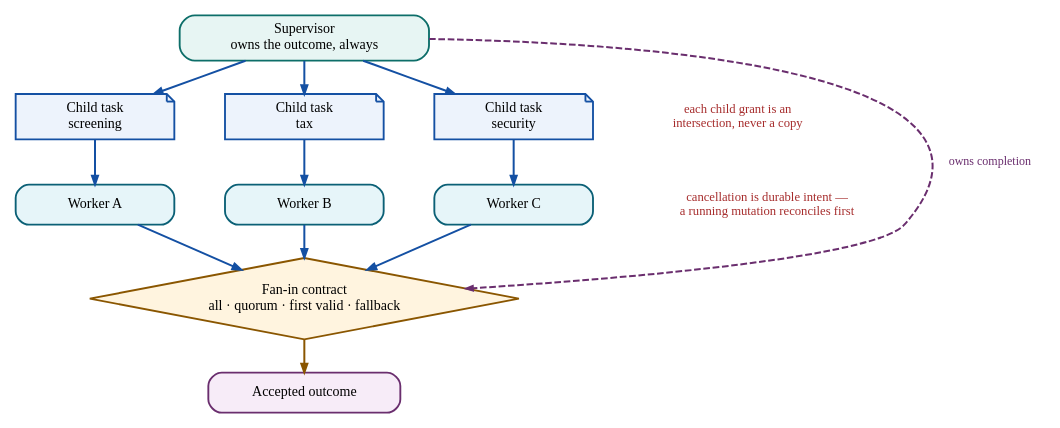
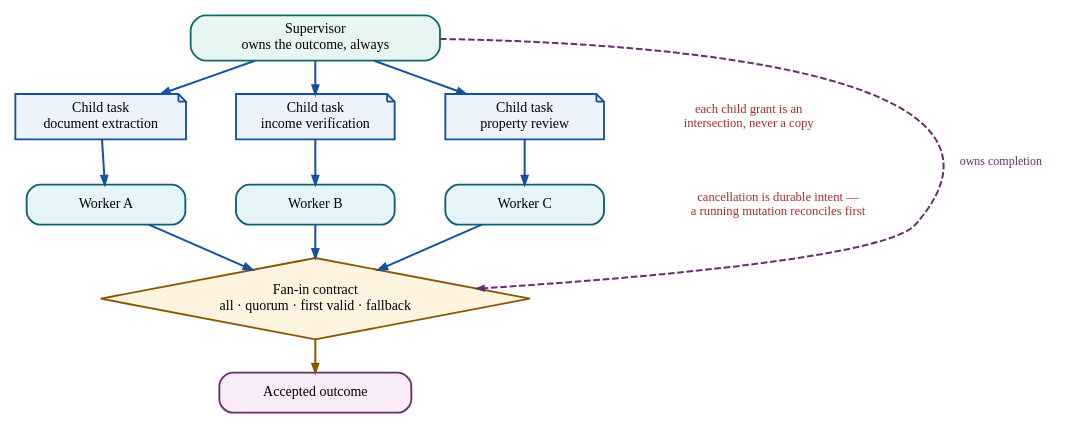
The diagram in assets/diagrams/src/supervisor-worker.gv (rrahimi-uci/building-enterprise-general-intelligence), drawn with Graphviz before and after one commit. The commit also changed 30 other files, not shown here.

```diff
--- a/assets/diagrams/src/supervisor-worker.gv
+++ b/assets/diagrams/src/supervisor-worker.gv
@@ -1,49 +1,49 @@
 // Figure 18-1 — Supervisor/worker, with the parts that make it governable.
 //
 // Message: the supervisor owns the outcome and never stops owning it. Each
 // child gets a narrowed grant rather than a copy of the parent's, fan-in is an
 // explicit contract rather than "whatever came back", and cancellation is a
 // durable intent that a child with a running mutation must reconcile before it
 // may acknowledge.
 digraph supervisor_worker {
   rankdir = TB
   graph [ranksep=0.32, nodesep=0.26]
   node [shape=box, style="filled,rounded", penwidth=1.4, fontsize=10.5,
         margin="0.12,0.07", height=0.42, width=1.65]
   edge [arrowsize=0.65, penwidth=1.5, color="#1450A3"]
 
   sup [label="Supervisor\nowns the outcome, always", fillcolor="#E7F5F3",
        color="#0D6E69", width=2.6]
 
-  t1 [label="Child task\nscreening", shape=note, style=filled,
+  t1 [label="Child task\ndocument extraction", shape=note, style=filled,
       fillcolor="#EDF3FC", color="#1450A3"]
-  t2 [label="Child task\ntax", shape=note, style=filled,
+  t2 [label="Child task\nincome verification", shape=note, style=filled,
       fillcolor="#EDF3FC", color="#1450A3"]
-  t3 [label="Child task\nsecurity", shape=note, style=filled,
+  t3 [label="Child task\nproperty review", shape=note, style=filled,
       fillcolor="#EDF3FC", color="#1450A3"]
 
   w1 [label="Worker A", fillcolor="#E6F5F9", color="#0B6076"]
   w2 [label="Worker B", fillcolor="#E6F5F9", color="#0B6076"]
   w3 [label="Worker C", fillcolor="#E6F5F9", color="#0B6076"]
 
   join [label="Fan-in contract\nall · quorum · first valid · fallback",
         shape=diamond, style=filled, fillcolor="#FFF4DF", color="#8A5600",
         height=0.85, width=3.4]
   out  [label="Accepted outcome", fillcolor="#F7ECF8", color="#6A2E6E", width=2.0]
 
   grant [label="each child grant is an\nintersection, never a copy",
          shape=plaintext, style="", fontsize=9.5, fontcolor="#A62C2C"]
   canc  [label="cancellation is durable intent —\na running mutation reconciles first",
          shape=plaintext, style="", fontsize=9.5, fontcolor="#A62C2C"]
 
   sup -> t1; sup -> t2; sup -> t3
   t1 -> w1; t2 -> w2; t3 -> w3
   w1 -> join; w2 -> join; w3 -> join
   join -> out [color="#8A5600"]
   sup -> join [color="#6A2E6E", style=dashed, arrowsize=0.5,
                label="  owns completion", fontsize=9, fontcolor="#6A2E6E",
                constraint=false]
 
   { rank=same; t1 -> t2 -> t3 -> grant [style=invis] }
   { rank=same; w1 -> w2 -> w3 -> canc  [style=invis] }
 }
```
